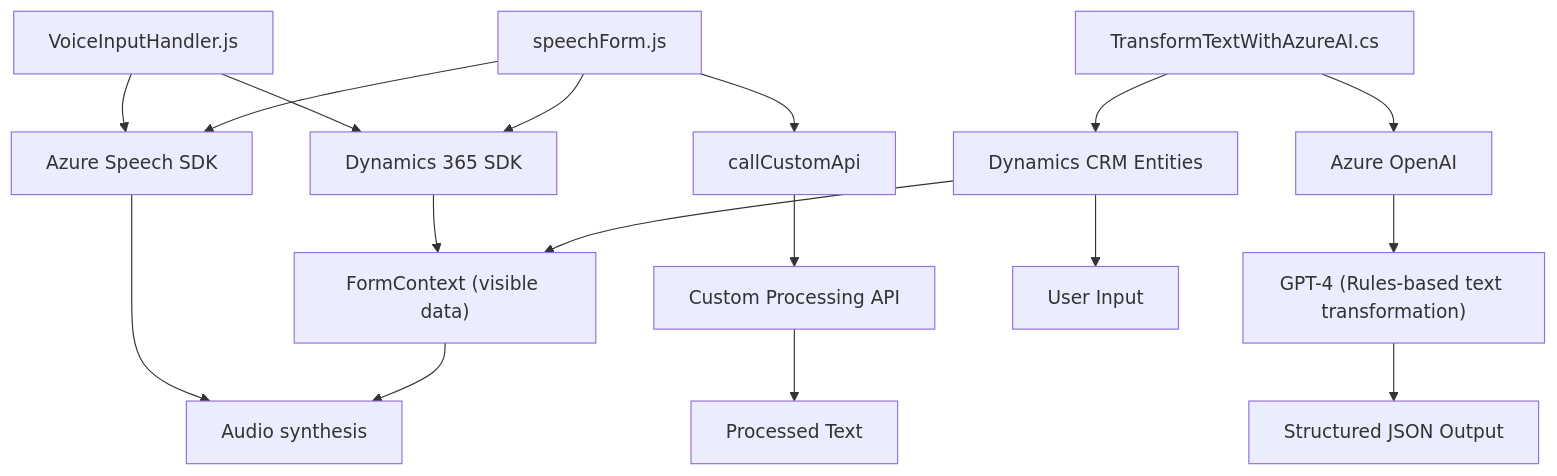
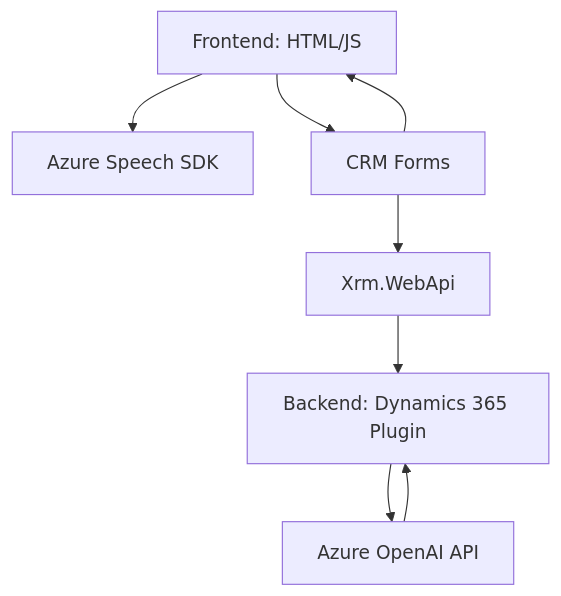
One commit to blopezdm/NETCORE_BILBAO2025 changed the diagram in README.md. Above: the diagram before and after it, drawn with Mermaid. The commit also changed other lines of this file, not shown here.

````diff
--- a/README.md
+++ b/README.md
@@ -51,22 +48,17 @@
 ```mermaid
 graph TD
-    A["VoiceInputHandler.js"] --> B["Azure Speech SDK"]
-    A --> C["Dynamics 365 SDK"]
-    C --> D["FormContext (visible data)"]
-    B --> E["Audio synthesis"]
+    A["Frontend: HTML/JS"]
+    B["Backend: Dynamics 365 Plugin"]
+    C["Azure Speech SDK"]
+    D["Azure OpenAI API"]
+    E["CRM Forms"]
+    F["Xrm.WebApi"]
 
-    F["speechForm.js"] --> B
-    F --> C
-    F --> G["callCustomApi"]
-    G --> H["Custom Processing API"]
-    H --> I["Processed Text"]
-
-    J["TransformTextWithAzureAI.cs"] --> K["Dynamics CRM Entities"]
-    J --> L["Azure OpenAI"]
-    L --> M["GPT-4 (Rules-based text transformation)"]
-    M --> N["Structured JSON Output"]
-
-    K --> O["User Input"]
-    K --> D
-    D --> E
+    A --> E
+    A --> C
+    E --> A
+    E --> F
+    F --> B
+    B --> D
+    D --> B
 ```
````
